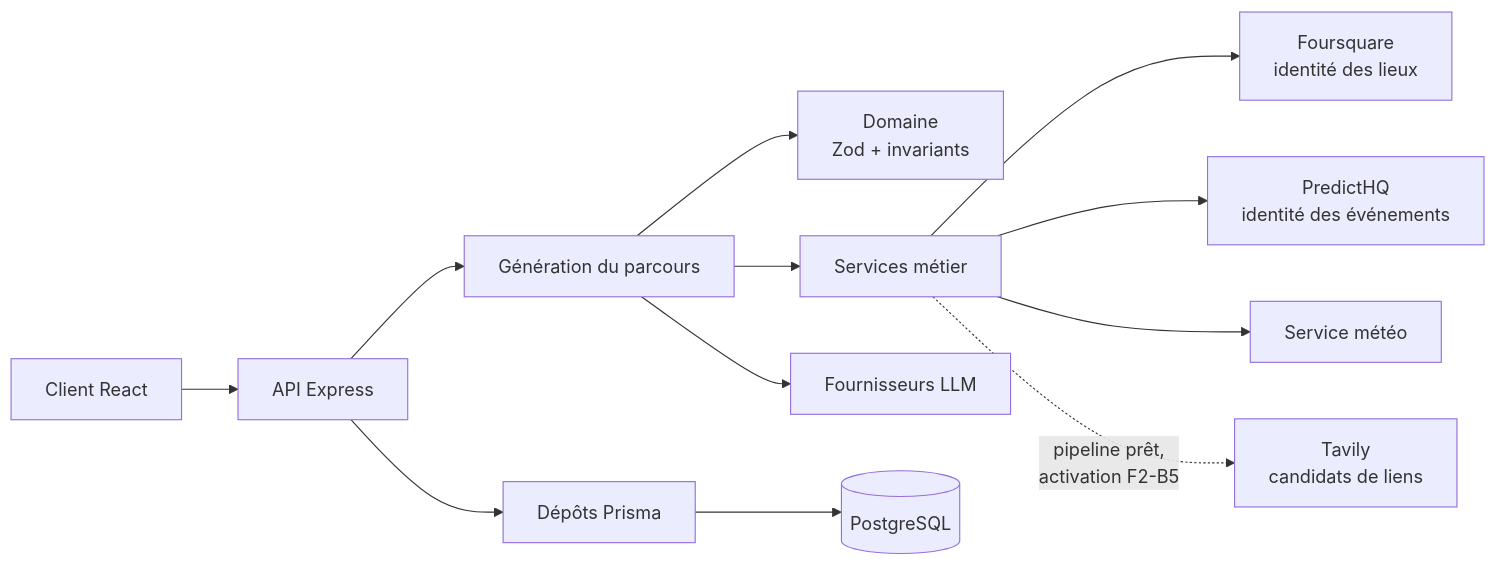
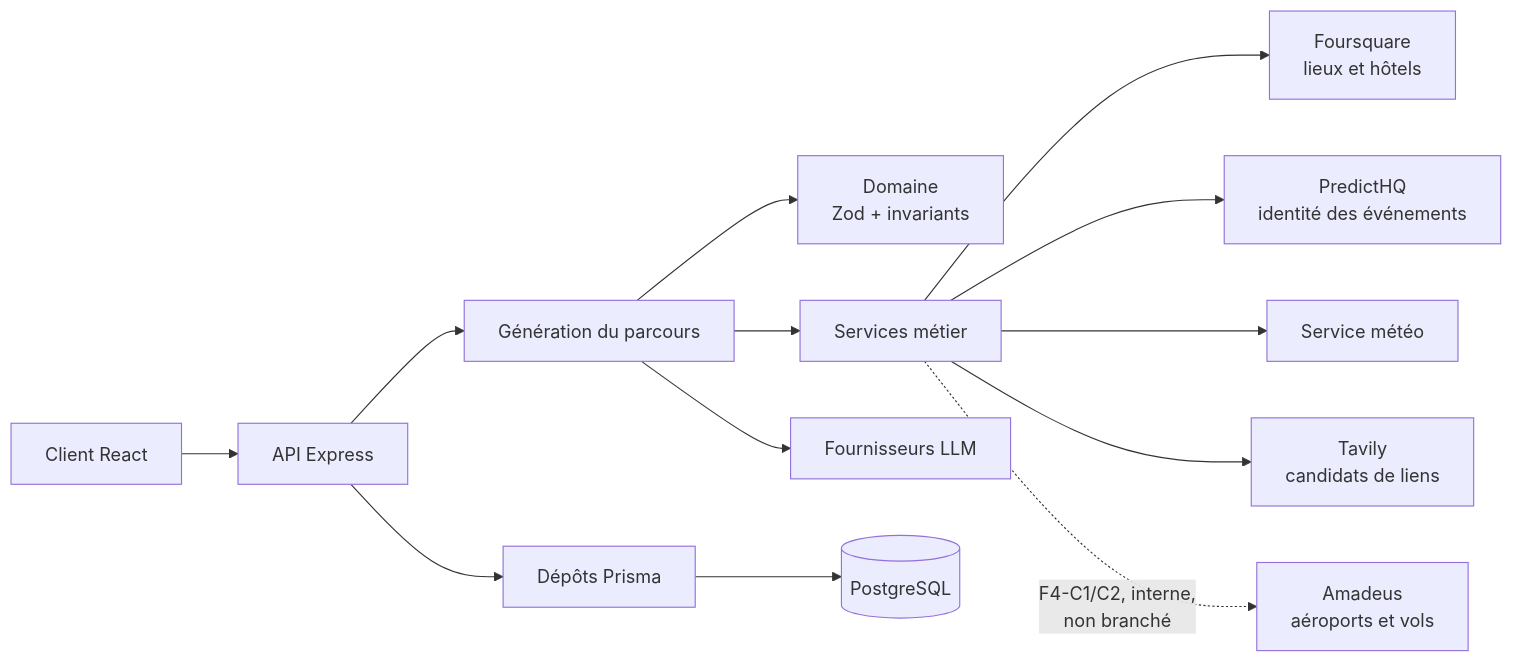
One commit to loties1533/experience-ai changed the first of 8 diagrams in docs/architecture/README.md. Above: the diagram before and after it, drawn with Mermaid. The commit also changed other lines of this file and 6 other files, not shown here.

````diff
--- a/docs/architecture/README.md
+++ b/docs/architecture/README.md
@@ -17,15 +17,16 @@
 ```mermaid
 flowchart LR
     C["Client React"] --> API["API Express"]
     API --> G["Génération du parcours"]
     G --> D["Domaine<br/>Zod + invariants"]
     G --> S["Services métier"]
     API --> P["Dépôts Prisma"]
     P --> DB[("PostgreSQL")]
 
     G --> LLM["Fournisseurs LLM"]
-    S --> FS["Foursquare<br/>identité des lieux"]
+    S --> FS["Foursquare<br/>lieux et hôtels"]
     S --> PHQ["PredictHQ<br/>identité des événements"]
     S --> METEO["Service météo"]
-    S -. "pipeline prêt,<br/>activation F2-B5" .-> TAV["Tavily<br/>candidats de liens"]
+    S --> TAV["Tavily<br/>candidats de liens"]
+    S -. "F4-C1/C2, interne,<br/>non branché" .-> AMA["Amadeus<br/>aéroports et vols"]
 ```
````
